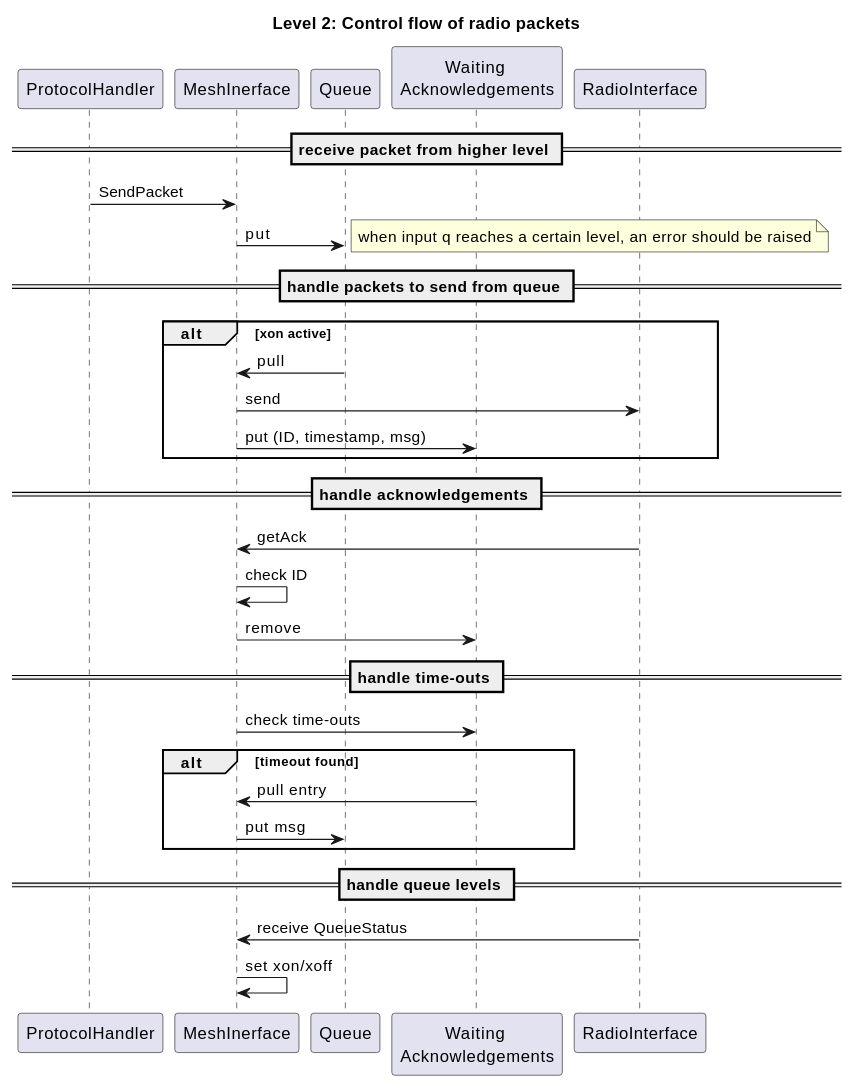
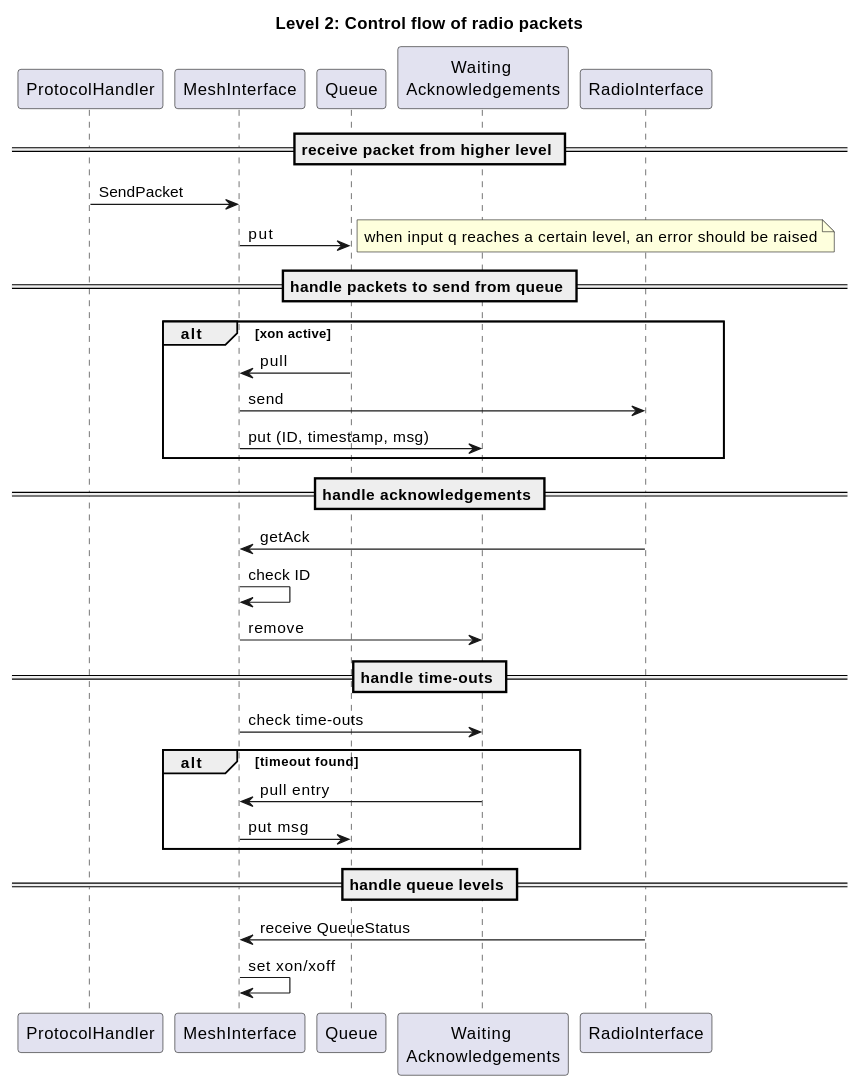
Before and after one commit to juergenRe/python: the third of 9 diagrams in meshtastic/devdoc/Architecture.md, drawn with PlantUML. The commit also changed other lines of this file and 18 other files, not shown here.

````diff
--- a/meshtastic/devdoc/Architecture.md
+++ b/meshtastic/devdoc/Architecture.md
@@ -261,36 +314,36 @@
 ```plantuml
 title Level 2: Control flow of radio packets
 participant ProtocolHandler as ph
-participant MeshInerface as mi
+participant MeshInterface as mi
 participant Queue as q
 participant "Waiting \nAcknowledgements" as ack
 participant RadioInterface as ri
 
 == receive packet from higher level ==
 ph -> mi: SendPacket
 mi -> q: put
 note right: when input q reaches a certain level, an error should be raised
 
 == handle packets to send from queue ==
 alt xon active
     mi <- q: pull
     mi -> ri: send
     mi -> ack: put (ID, timestamp, msg)
 end
 
 == handle acknowledgements ==
 ri -> mi: getAck
 mi -> mi: check ID
 mi -> ack: remove
 
 == handle time-outs ==
 mi -> ack: check time-outs
 alt timeout found
     mi <- ack: pull entry
     mi -> q: put msg
 end
 
 == handle queue levels ==
 mi <- ri: receive QueueStatus
 mi -> mi: set xon/xoff
 ```
````
